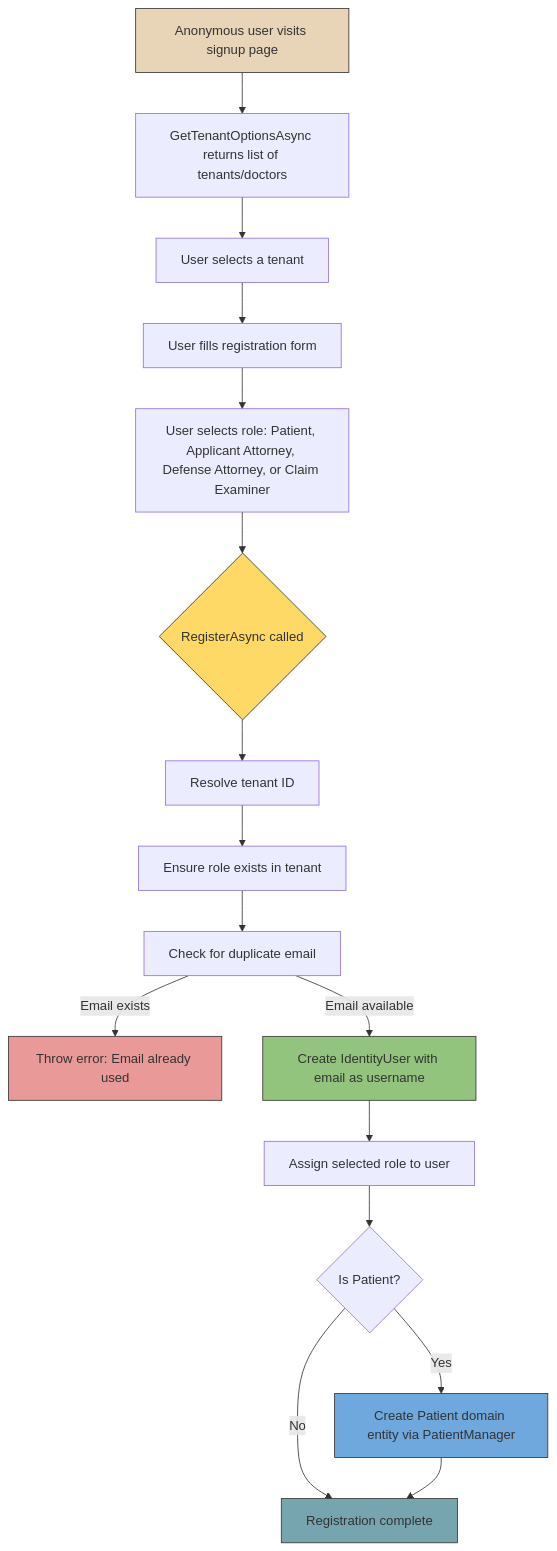
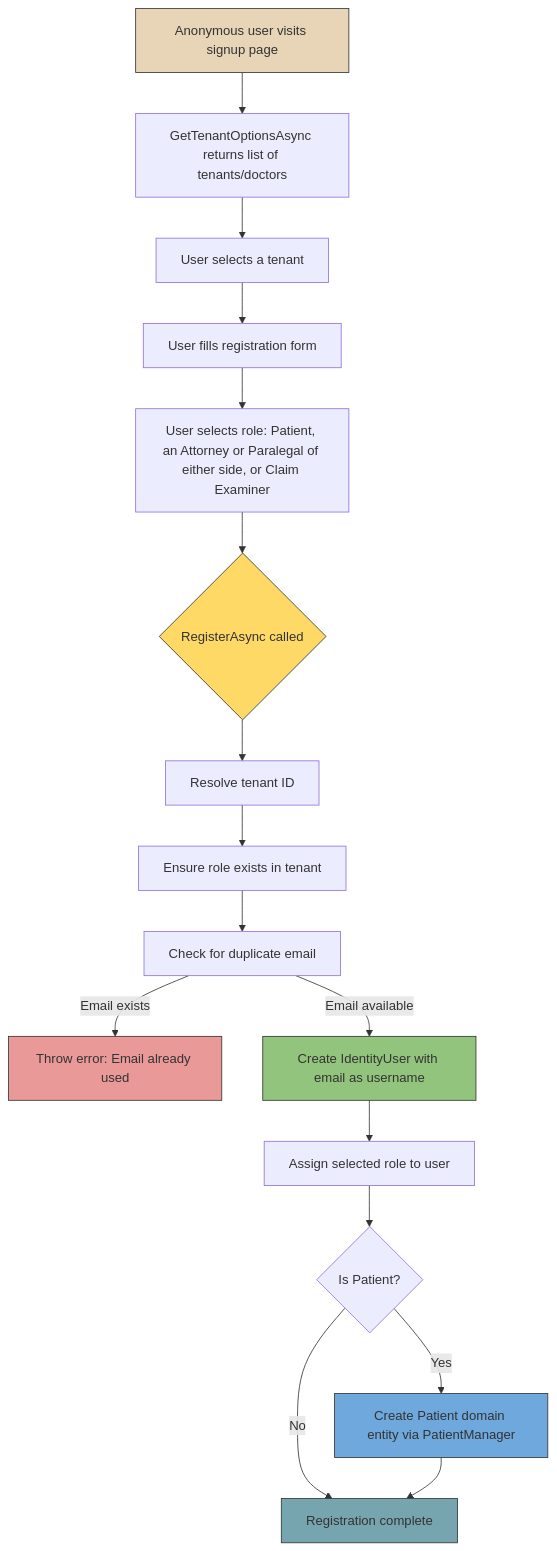
One commit to gesco-healthcare-support/hcs-patient-portal changed the first of 2 diagrams in docs/business-domain/USER-ROLES-AND-ACTORS.md. Above: the diagram before and after it, drawn with Mermaid. The commit also changed other lines of this file and 73 other files, not shown here.

First line of the commit message:
feat(identity): paralegal role and case followers in email routing (#1527)

````diff
--- a/docs/business-domain/USER-ROLES-AND-ACTORS.md
+++ b/docs/business-domain/USER-ROLES-AND-ACTORS.md
@@ -173,25 +184,25 @@
 ```mermaid
 flowchart TD
     A[Anonymous user visits signup page] --> B[GetTenantOptionsAsync returns list of tenants/doctors]
     B --> C[User selects a tenant]
     C --> D[User fills registration form]
-    D --> E[User selects role: Patient, Applicant Attorney, Defense Attorney, or Claim Examiner]
+    D --> E[User selects role: Patient, an Attorney or Paralegal of either side, or Claim Examiner]
     E --> F{RegisterAsync called}
     F --> G[Resolve tenant ID]
     G --> H[Ensure role exists in tenant]
     H --> I[Check for duplicate email]
     I -->|Email exists| J[Throw error: Email already used]
     I -->|Email available| K[Create IdentityUser with email as username]
     K --> L[Assign selected role to user]
     L --> M{Is Patient?}
     M -->|Yes| N[Create Patient domain entity via PatientManager]
     M -->|No| O[Registration complete]
     N --> O
 
     style A fill:#e8d5b7,stroke:#333
     style F fill:#ffd966,stroke:#333
     style K fill:#93c47d,stroke:#333
     style N fill:#6fa8dc,stroke:#333
     style O fill:#76a5af,stroke:#333
     style J fill:#ea9999,stroke:#333
 ```
````
